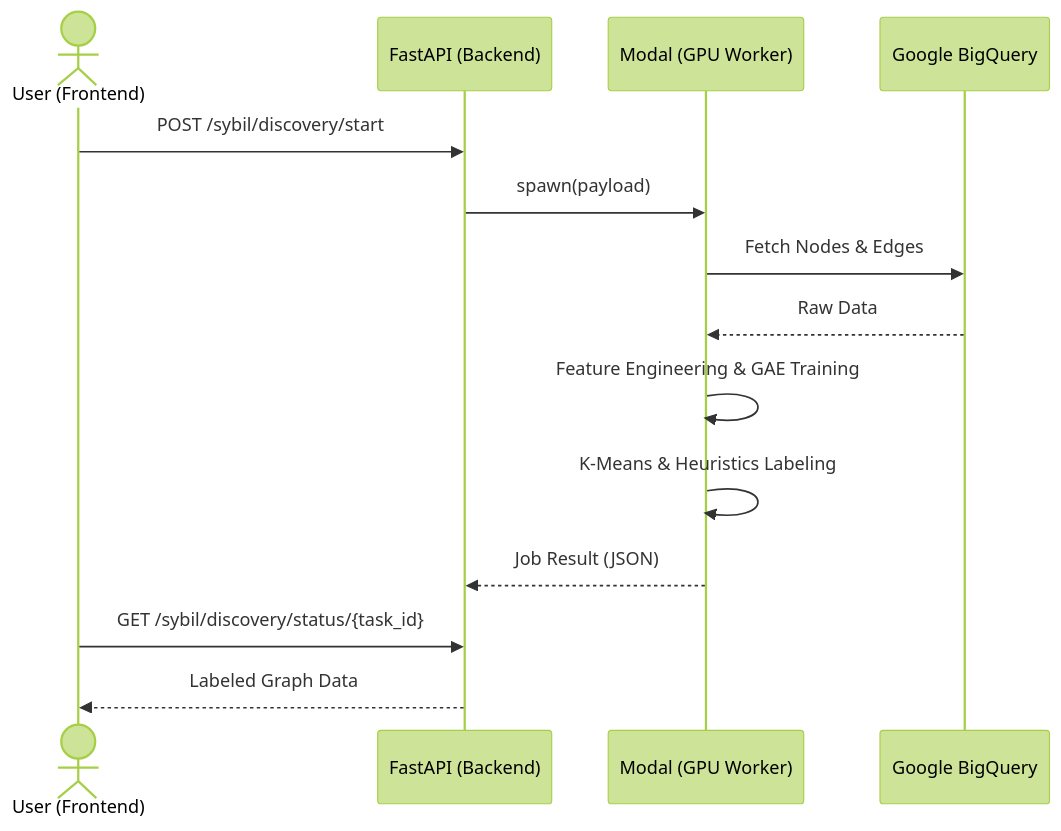
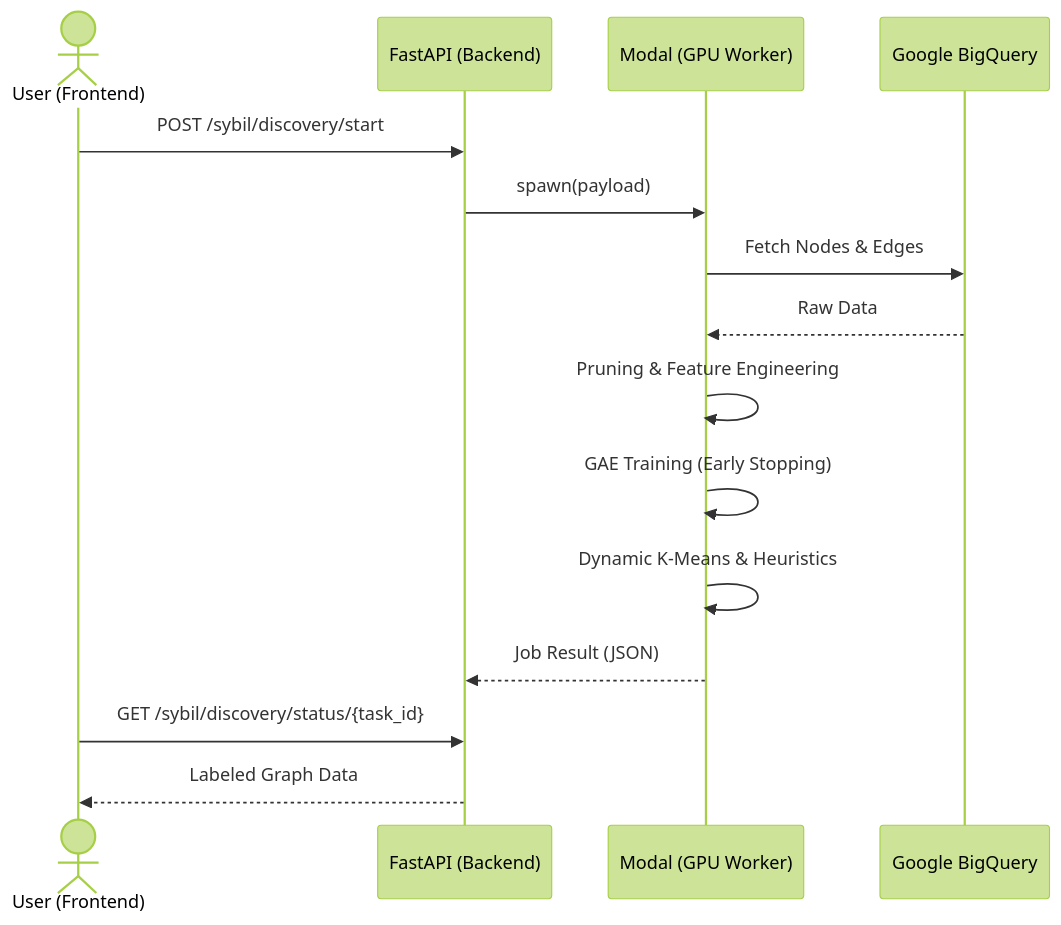
One commit to Tmh3101/sybil-detection-api changed the first of 2 diagrams in README.md. Above: the diagram before and after it, drawn with Mermaid (forest theme). The commit also changed other lines of this file and 7 other files, not shown here.

````diff
--- a/README.md
+++ b/README.md
@@ -33,17 +34,18 @@
 ```mermaid
 sequenceDiagram
   actor User as User (Frontend)
   participant API as FastAPI (Backend)
   participant Modal as Modal (GPU Worker)
   participant BigQuery as Google BigQuery
 
   User->>API: POST /sybil/discovery/start
   API->>Modal: spawn(payload)
   Modal->>BigQuery: Fetch Nodes & Edges
   BigQuery-->>Modal: Raw Data
-  Modal->>Modal: Feature Engineering & GAE Training
-  Modal->>Modal: K-Means & Heuristics Labeling
+  Modal->>Modal: Pruning & Feature Engineering
+  Modal->>Modal: GAE Training (Early Stopping)
+  Modal->>Modal: Dynamic K-Means & Heuristics
   Modal-->>API: Job Result (JSON)
   User->>API: GET /sybil/discovery/status/{task_id}
   API-->>User: Labeled Graph Data
 ```
````
